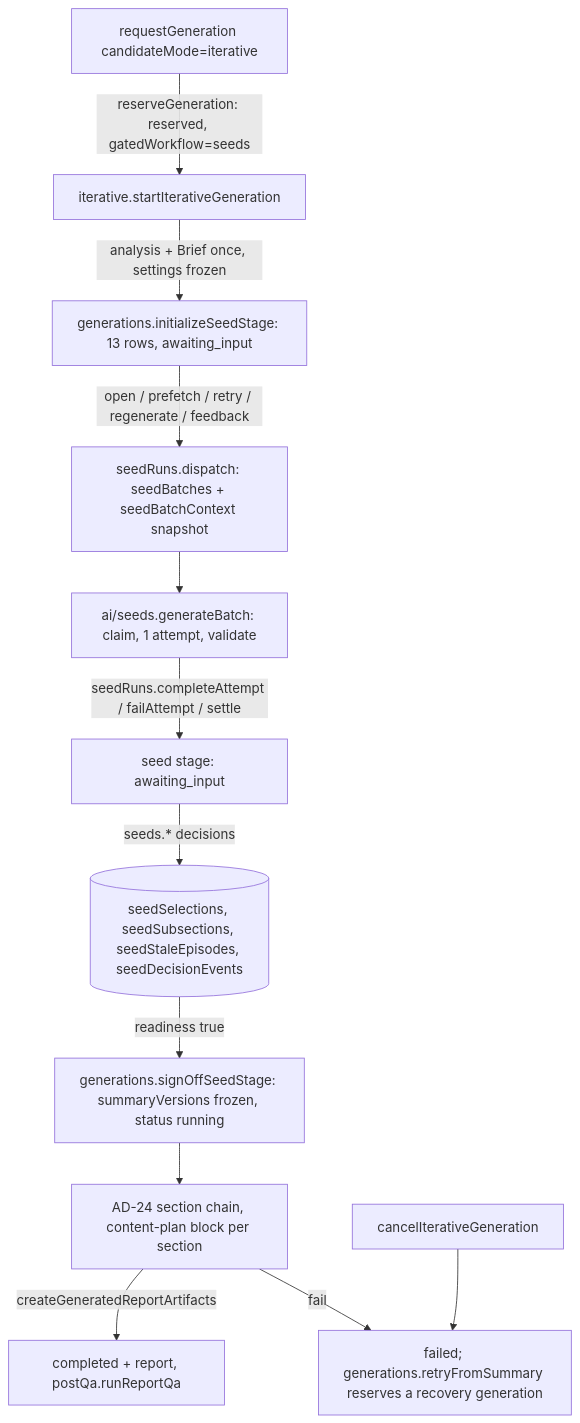
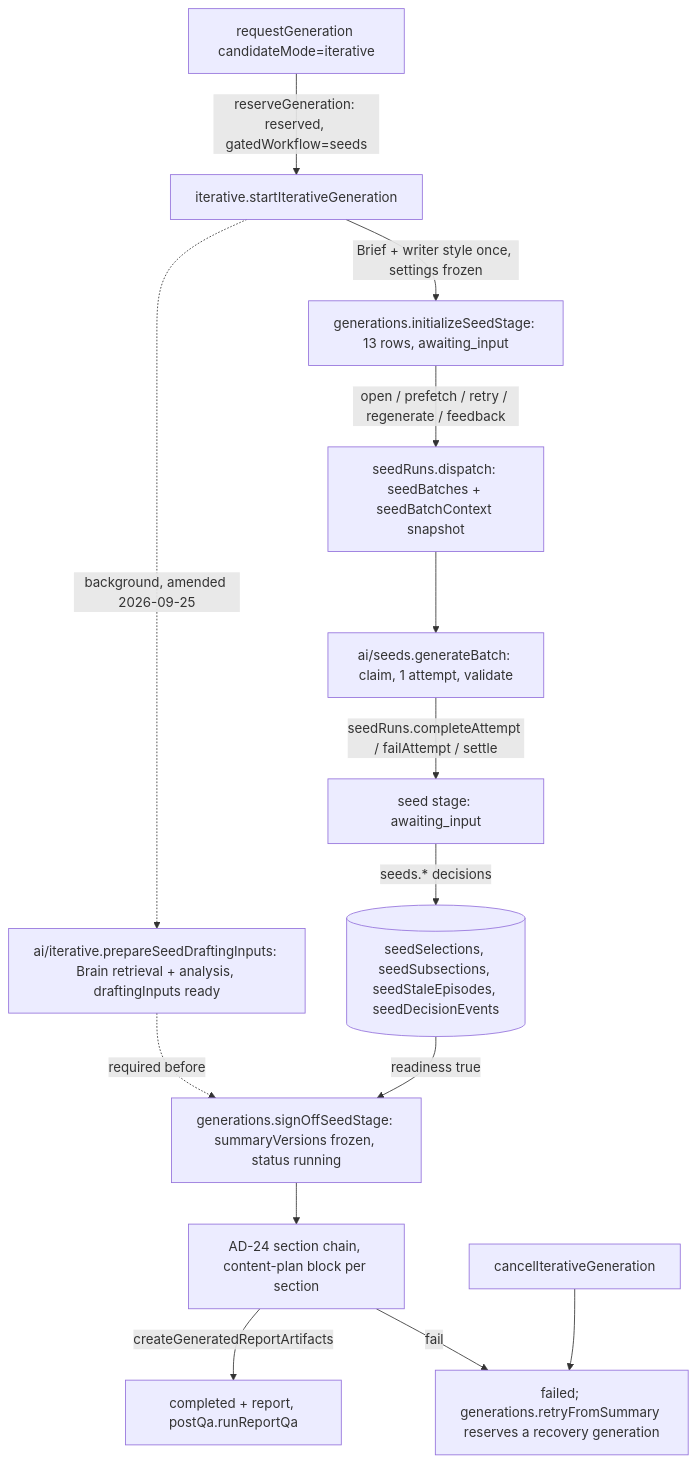
The first of 2 diagrams in _bmad-output/planning-artifacts/architecture/architecture-Banhall-2026-09-16-step-by-step-seeds/ARCHITECTURE-SPINE.md (Choquer-agency/Banhall), drawn with Mermaid before and after one commit. The commit also changed other lines of this file and 4 other files, not shown here.

````diff
--- a/_bmad-output/planning-artifacts/architecture/architecture-Banhall-2026-09-16-step-by-step-seeds/ARCHITECTURE-SPINE.md
+++ b/_bmad-output/planning-artifacts/architecture/architecture-Banhall-2026-09-16-step-by-step-seeds/ARCHITECTURE-SPINE.md
@@ -30,14 +30,16 @@
 ```mermaid
 flowchart TD
   RQ[requestGeneration candidateMode=iterative] -->|reserveGeneration: reserved, gatedWorkflow=seeds| ST[iterative.startIterativeGeneration]
-  ST -->|analysis + Brief once, settings frozen| INIT[generations.initializeSeedStage: 13 rows, awaiting_input]
+  ST -->|Brief + writer style once, settings frozen| INIT[generations.initializeSeedStage: 13 rows, awaiting_input]
+  ST -.->|background, amended 2026-09-25| BG[ai/iterative.prepareSeedDraftingInputs: Brain retrieval + analysis, draftingInputs ready]
+  BG -.->|required before| SO
   INIT -->|open / prefetch / retry / regenerate / feedback| SB[seedRuns.dispatch: seedBatches + seedBatchContext snapshot]
   SB --> ACT[ai/seeds.generateBatch: claim, 1 attempt, validate]
   ACT -->|seedRuns.completeAttempt / failAttempt / settle| SS[seed stage: awaiting_input]
   SS -->|seeds.* decisions| SM[(seedSelections, seedSubsections, seedStaleEpisodes, seedDecisionEvents)]
   SM -->|readiness true| SO[generations.signOffSeedStage: summaryVersions frozen, status running]
   SO --> CH[AD-24 section chain, content-plan block per section]
   CH -->|createGeneratedReportArtifacts| CP[completed + report, postQa.runReportQa]
   CH -->|fail| F[failed; generations.retryFromSummary reserves a recovery generation]
   X[cancelIterativeGeneration] --> F
 ```
````
